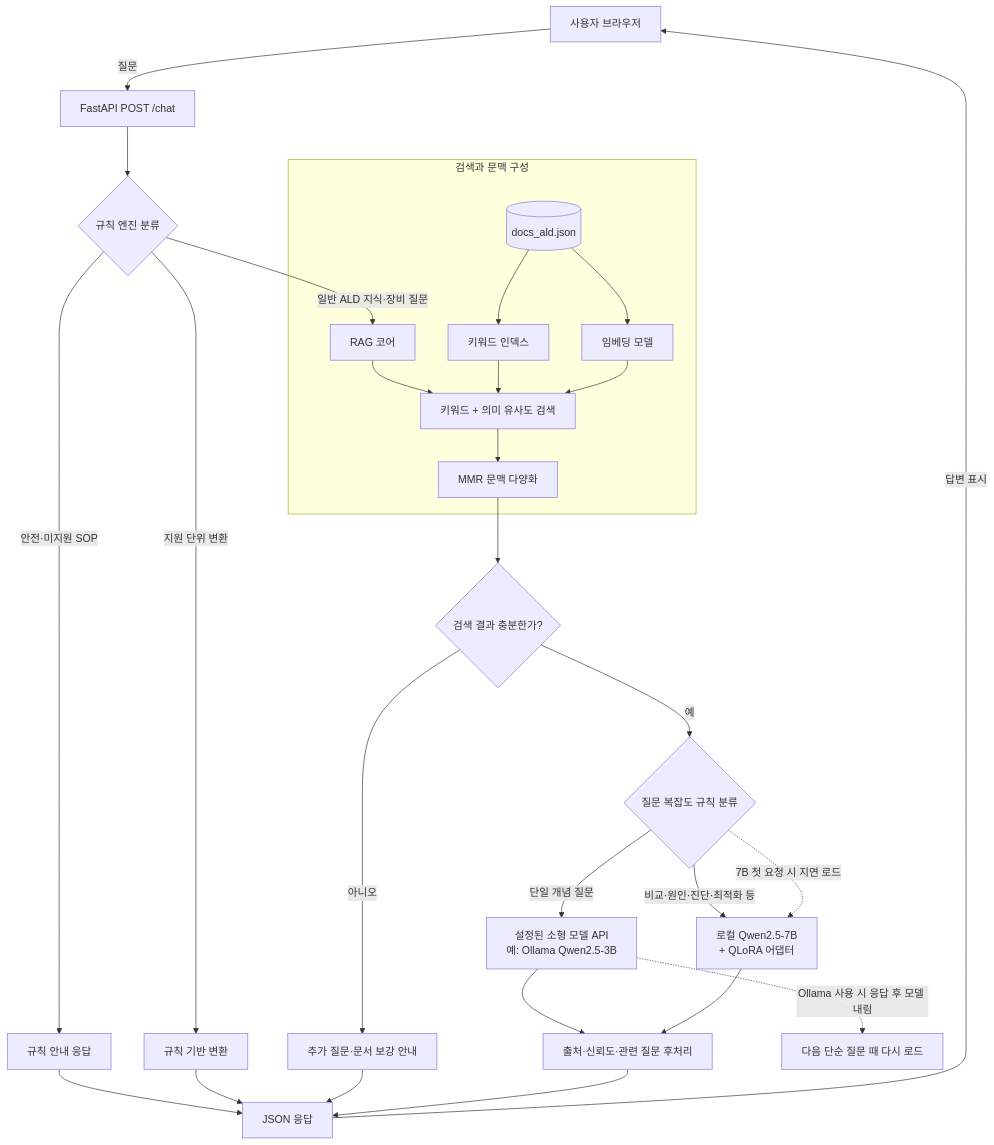
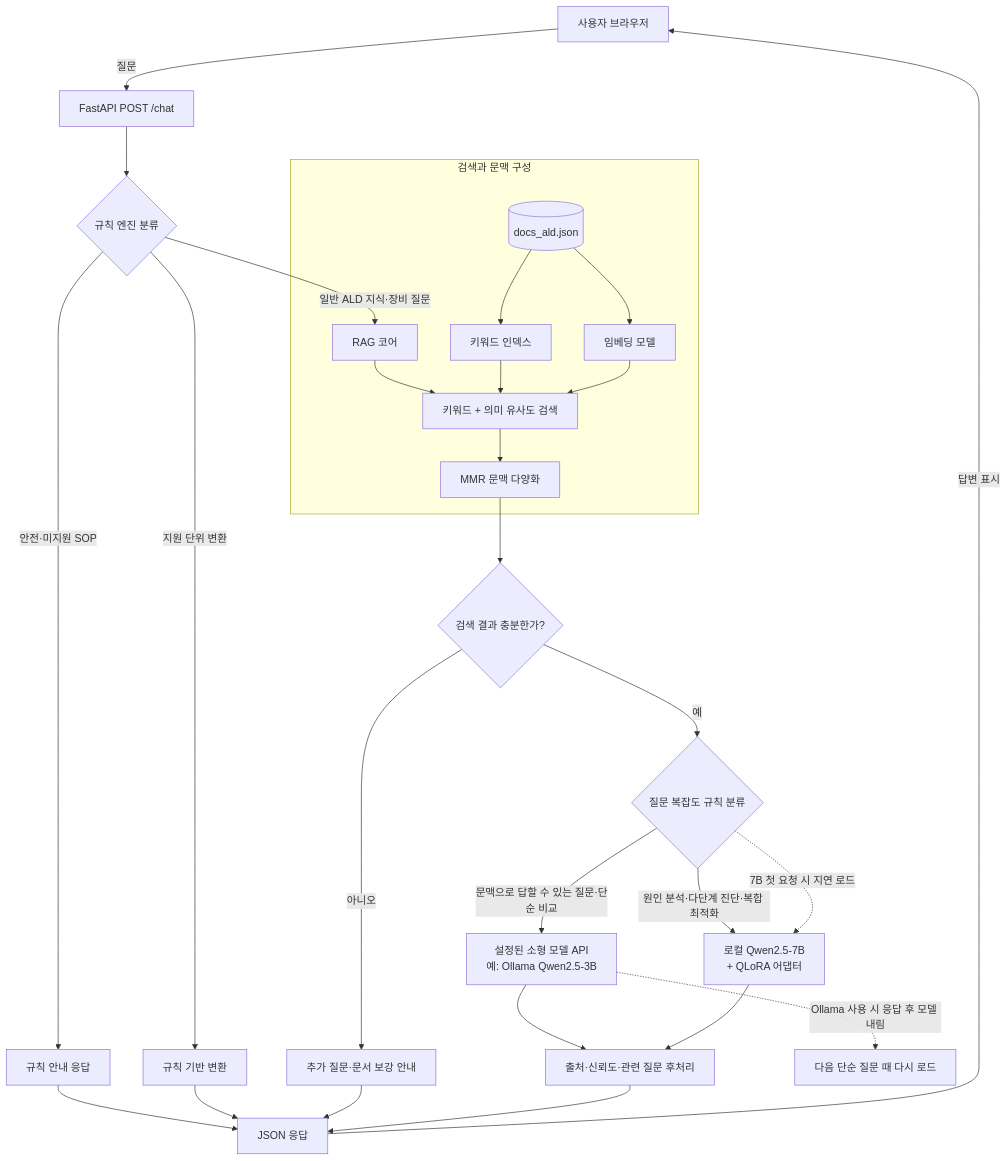
The diagram in README.md (woojj5/ALD_RAG_Modified), drawn with Mermaid before and after one commit. The commit also changed other lines of this file and 7 other files, not shown here.

````diff
--- a/README.md
+++ b/README.md
@@ -31,33 +31,33 @@
 ```mermaid
 flowchart TD
     U[사용자 브라우저] -->|질문| API[FastAPI POST /chat]
     API --> RULE{규칙 엔진 분류}
     RULE -->|안전·미지원 SOP| RULE_REPLY[규칙 안내 응답]
     RULE -->|지원 단위 변환| CONVERT[규칙 기반 변환]
     RULE -->|일반 ALD 지식·장비 질문| RAG[RAG 코어]
 
     subgraph RETRIEVAL[검색과 문맥 구성]
         DOCS[(docs_ald.json)] --> INDEX[키워드 인덱스]
         DOCS --> EMBED[임베딩 모델]
         RAG --> HYBRID[키워드 + 의미 유사도 검색]
         INDEX --> HYBRID
         EMBED --> HYBRID
         HYBRID --> MMR[MMR 문맥 다양화]
     end
 
     MMR --> GATE{검색 결과 충분한가?}
     GATE -->|아니오| NOCTX[추가 질문·문서 보강 안내]
     GATE -->|예| ROUTER{질문 복잡도 규칙 분류}
-    ROUTER -->|단일 개념 질문| SMALL[설정된 소형 모델 API<br/>예: Ollama Qwen2.5-3B]
-    ROUTER -->|비교·원인·진단·최적화 등| LARGE[로컬 Qwen2.5-7B<br/>+ QLoRA 어댑터]
+    ROUTER -->|문맥으로 답할 수 있는 질문·단순 비교| SMALL[설정된 소형 모델 API<br/>예: Ollama Qwen2.5-3B]
+    ROUTER -->|원인 분석·다단계 진단·복합 최적화| LARGE[로컬 Qwen2.5-7B<br/>+ QLoRA 어댑터]
     SMALL --> POST[출처·신뢰도·관련 질문 후처리]
     LARGE --> POST
     RULE_REPLY --> OUT[JSON 응답]
     CONVERT --> OUT
     NOCTX --> OUT
     POST --> OUT
     OUT -->|답변 표시| U
 
     SMALL -. Ollama 사용 시 응답 후 모델 내림 .-> OLLAMA[다음 단순 질문 때 다시 로드]
     ROUTER -. 7B 첫 요청 시 지연 로드 .-> LARGE
 ```
````
